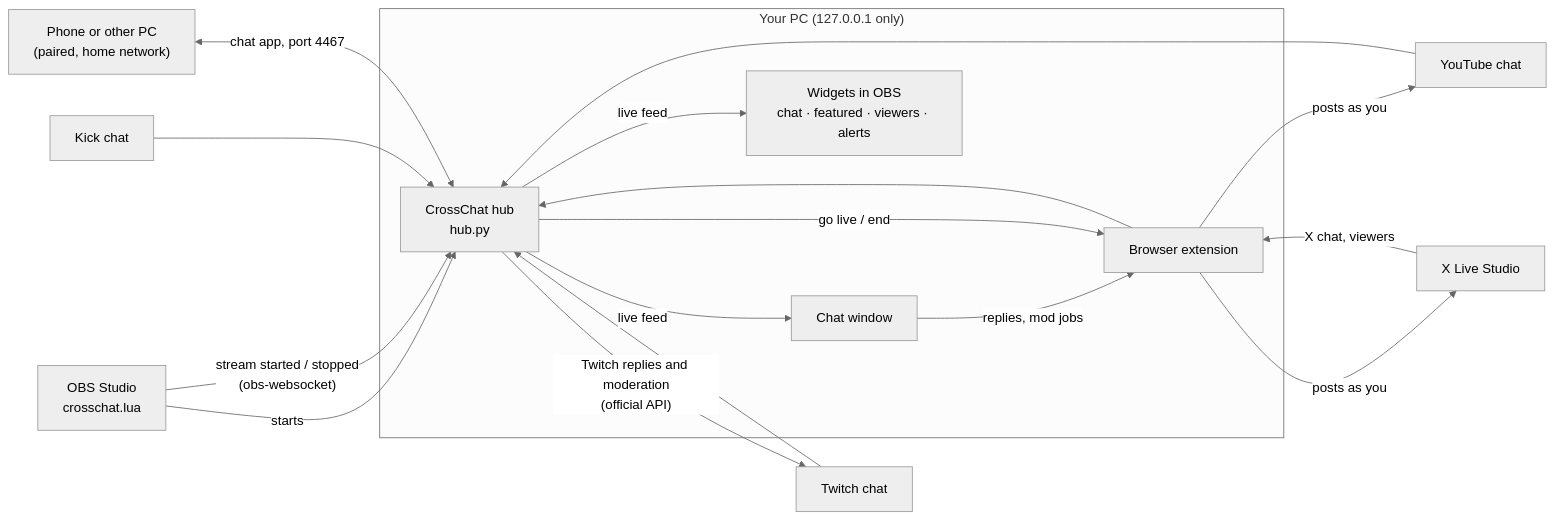
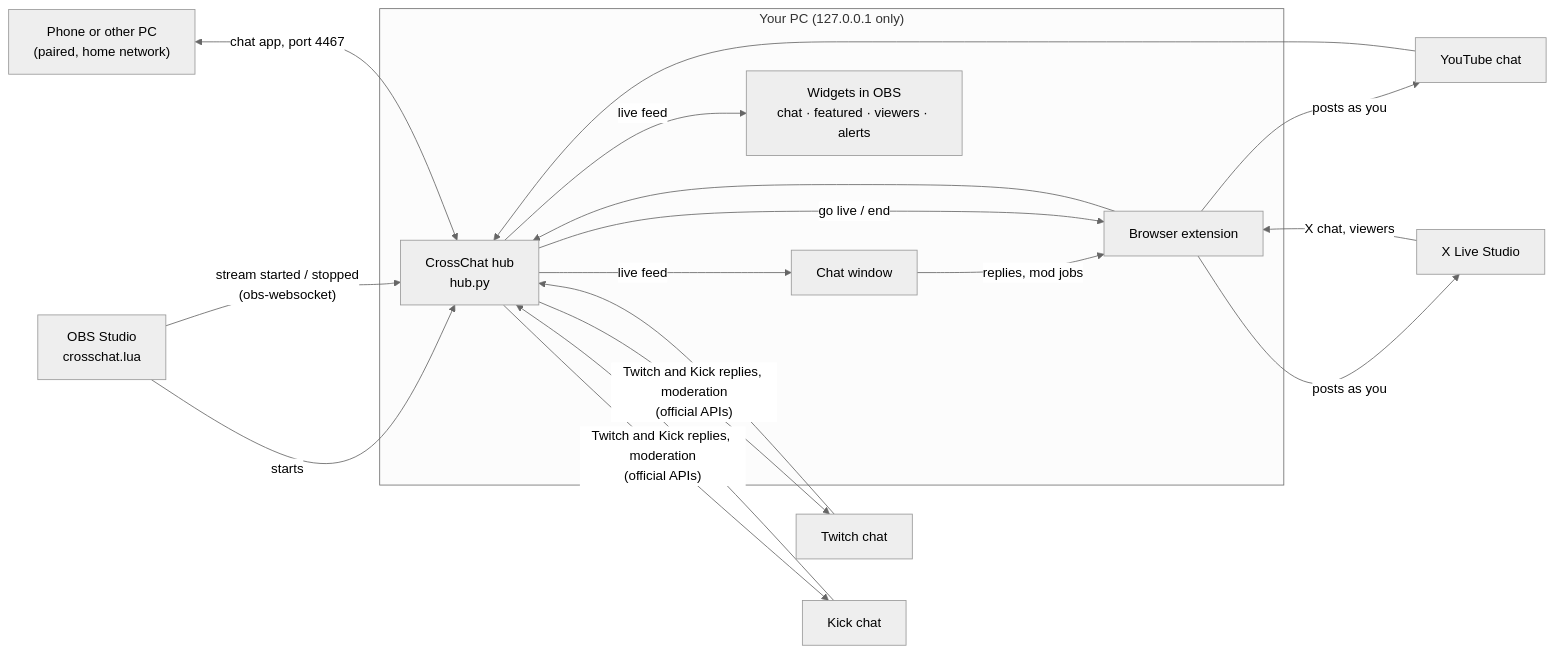
Before and after one commit to RandyNorthrup/crosschat-obs: the diagram in README.md, drawn with Mermaid (neutral theme). The commit also changed other lines of this file and 39 other files, not shown here.

````diff
--- a/README.md
+++ b/README.md
@@ -265,22 +280,22 @@
 ```mermaid
 flowchart LR
   OBS["OBS Studio<br/>crosschat.lua"] -- starts --> HUB
   OBS -- "stream started / stopped<br/>(obs-websocket)" --> HUB
   subgraph PC["Your PC (127.0.0.1 only)"]
     HUB["CrossChat hub<br/>hub.py"]
     WIN["Chat window"]
     WID["Widgets in OBS<br/>chat · featured · viewers · alerts"]
     EXT["Browser extension"]
   end
   TW["Twitch chat"] --> HUB
   YT["YouTube chat"] --> HUB
   KI["Kick chat"] --> HUB
   PH["Phone or other PC<br/>(paired, home network)"] <-- "chat app, port 4467" --> HUB
   HUB -- live feed --> WIN
   HUB -- live feed --> WID
   WIN -- "replies, mod jobs" --> EXT
-  HUB -- "Twitch replies and moderation<br/>(official API)" --> TW
+  HUB -- "Twitch and Kick replies, moderation<br/>(official APIs)" --> TW & KI
   EXT -- posts as you --> YT & XS["X Live Studio"]
   XS -- "X chat, viewers" --> EXT --> HUB
   HUB -- "go live / end" --> EXT
 ```
````
